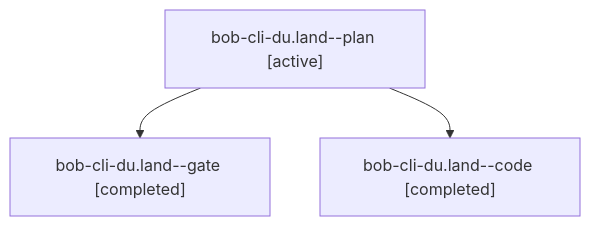
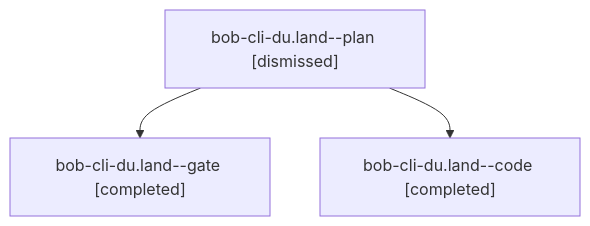
The diagram in sessions/bbugyi200.apollo.bob-cli-du.land.md (bobs-org/bob-cli--agents), drawn with Mermaid before and after one commit. The commit also changed other lines of this file and 212 other files, not shown here.

````diff
--- a/sessions/bbugyi200.apollo.bob-cli-du.land.md
+++ b/sessions/bbugyi200.apollo.bob-cli-du.land.md
@@ -9,8 +9,8 @@
 ```mermaid
 flowchart TD
-  n0["bob-cli-du.land--plan [active]"]
+  n0["bob-cli-du.land--plan [dismissed]"]
   n1["bob-cli-du.land--gate [completed]"]
   n0 --> n1
   n2["bob-cli-du.land--code [completed]"]
   n0 --> n2
 ```
````
